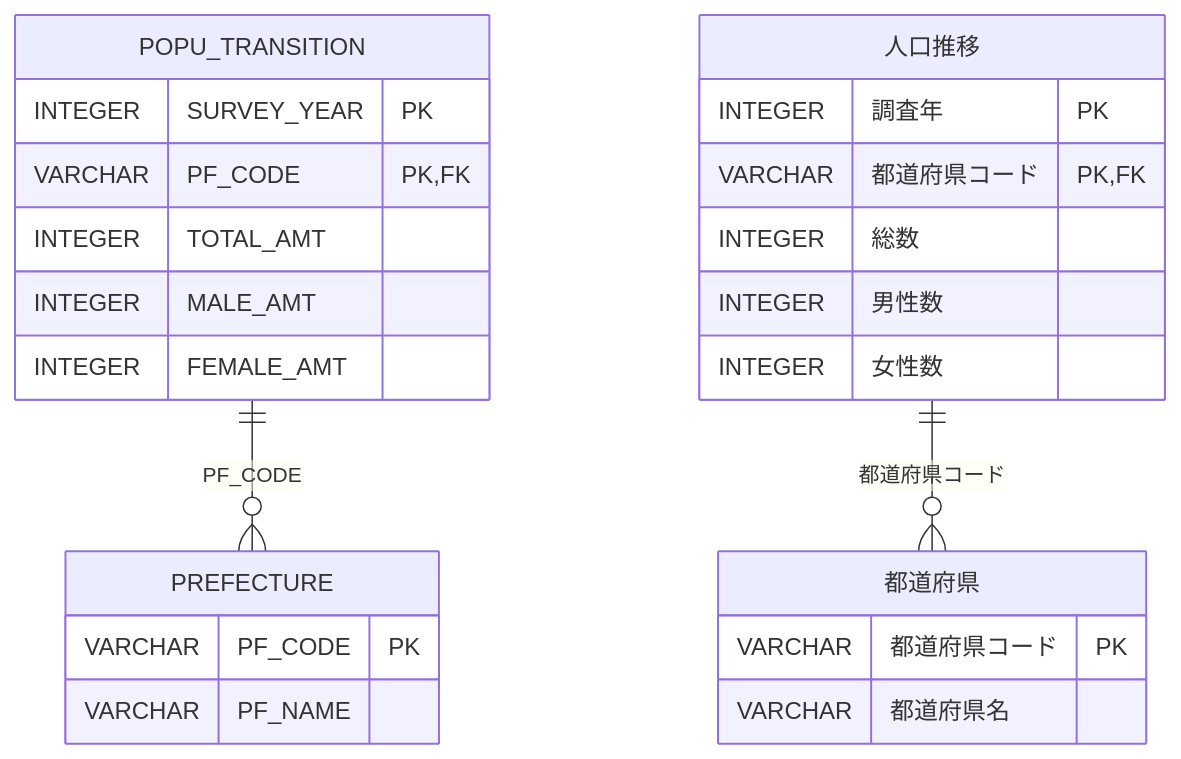
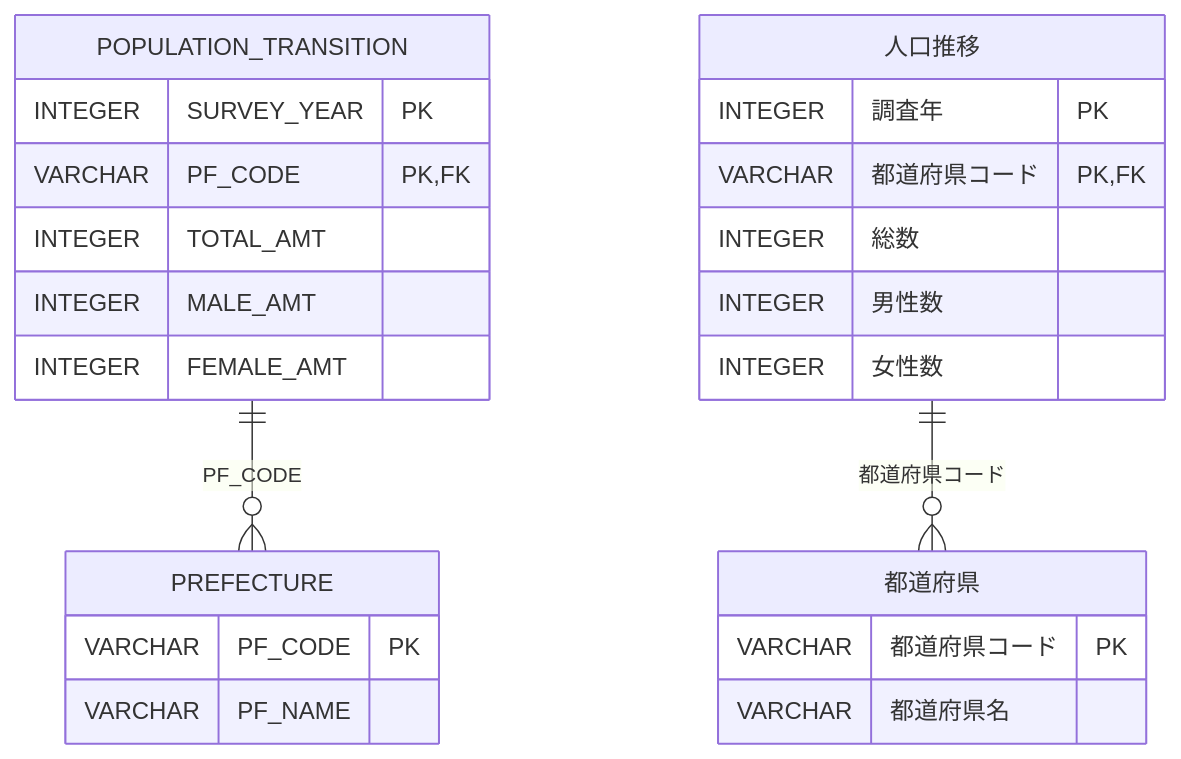
Before and after one commit to naoigcat/learn-sqlite: the diagram in doc/topsic-contest000-3.md, drawn with Mermaid. The commit also changed other lines of this file and 8 other files, not shown here.

````diff
--- a/doc/topsic-contest000-3.md
+++ b/doc/topsic-contest000-3.md
@@ -40,27 +40,27 @@
 ```mermaid
 erDiagram
-    POPU_TRANSITION {
+    POPULATION_TRANSITION {
         INTEGER SURVEY_YEAR PK
         VARCHAR PF_CODE PK, FK
         INTEGER TOTAL_AMT
         INTEGER MALE_AMT
         INTEGER FEMALE_AMT
     }
     PREFECTURE {
         VARCHAR PF_CODE PK
         VARCHAR PF_NAME
     }
-    POPU_TRANSITION ||--o{ PREFECTURE : "PF_CODE"
+    POPULATION_TRANSITION ||--o{ PREFECTURE : "PF_CODE"
     人口推移 {
         INTEGER 調査年 PK
         VARCHAR 都道府県コード PK, FK
         INTEGER 総数
         INTEGER 男性数
         INTEGER 女性数
     }
     都道府県 {
         VARCHAR 都道府県コード PK
         VARCHAR 都道府県名
     }
     人口推移 ||--o{ 都道府県 : "都道府県コード"
 ```
````
